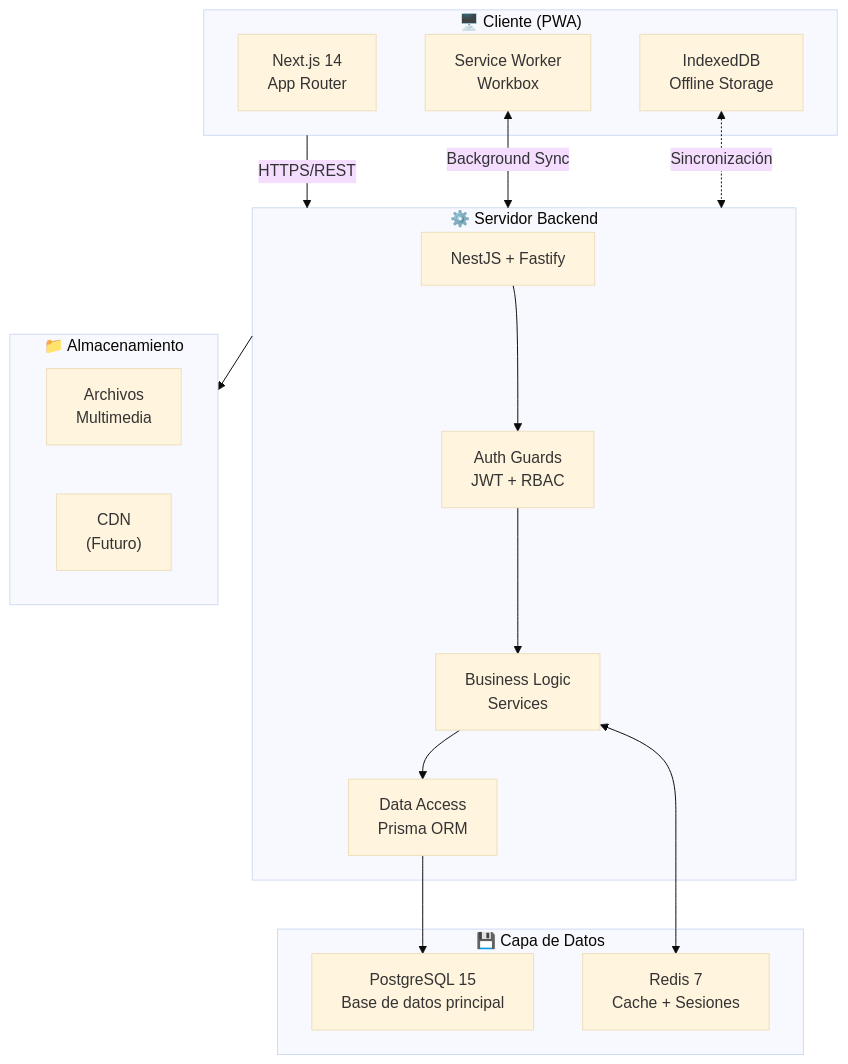
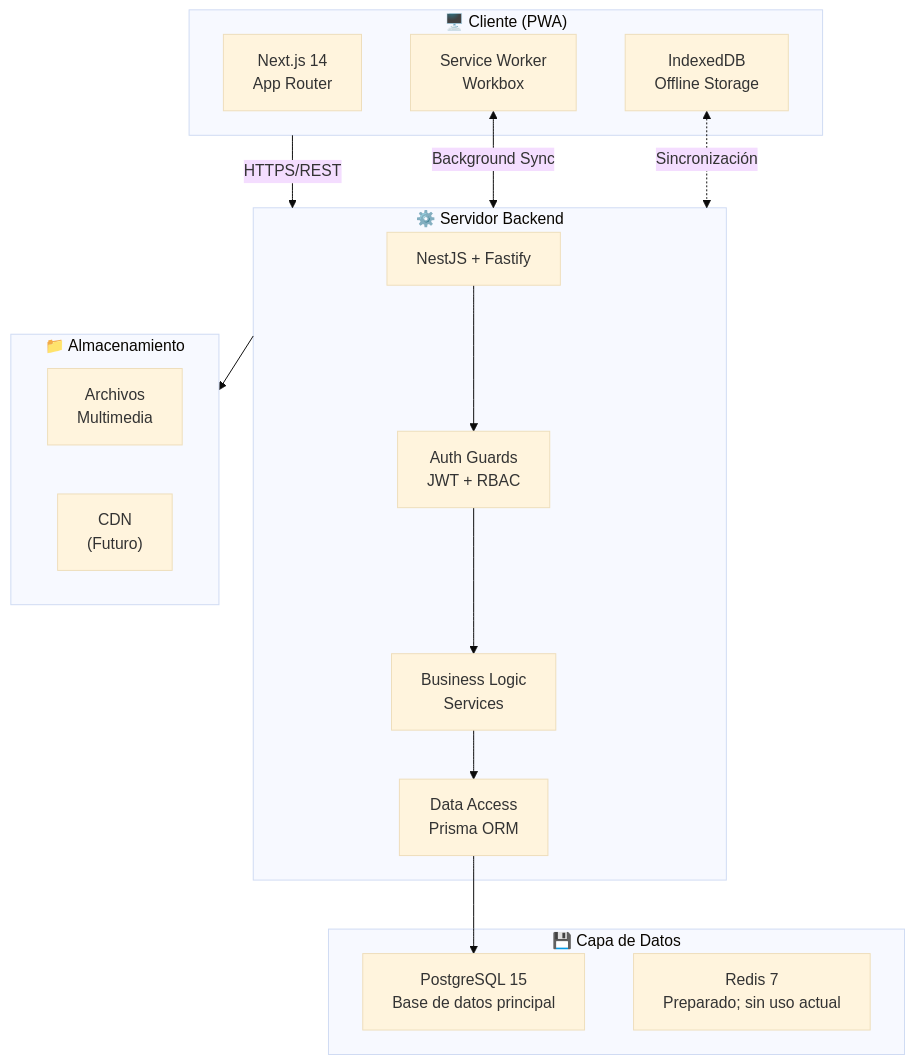
Before and after one commit to informaticadiaz/amauta: the first of 5 diagrams in docs/technical/architecture.md, drawn with Mermaid (base theme). The commit also changed other lines of this file and 9 other files, not shown here.

````diff
--- a/docs/technical/architecture.md
+++ b/docs/technical/architecture.md
@@ -16,37 +16,36 @@
 ```mermaid
 flowchart TB
     subgraph Cliente["🖥️ Cliente (PWA)"]
         NextJS["Next.js 14<br/>App Router"]
         SW["Service Worker<br/>Workbox"]
         IDB["IndexedDB<br/>Offline Storage"]
     end
 
     subgraph Backend["⚙️ Servidor Backend"]
         NestJS["NestJS + Fastify"]
         Auth["Auth Guards<br/>JWT + RBAC"]
         Services["Business Logic<br/>Services"]
         Prisma["Data Access<br/>Prisma ORM"]
     end
 
     subgraph Data["💾 Capa de Datos"]
         PG["PostgreSQL 15<br/>Base de datos principal"]
-        Redis["Redis 7<br/>Cache + Sesiones"]
+        Redis["Redis 7<br/>Preparado; sin uso actual"]
     end
 
     subgraph Storage["📁 Almacenamiento"]
         Files["Archivos<br/>Multimedia"]
         CDN["CDN<br/>(Futuro)"]
     end
 
     Cliente -->|HTTPS/REST| Backend
     SW <-->|Background Sync| Backend
     IDB <-.->|Sincronización| Backend
 
     NestJS --> Auth
     Auth --> Services
     Services --> Prisma
     Prisma --> PG
-    Services <--> Redis
 
     Backend --> Storage
 ```
````
